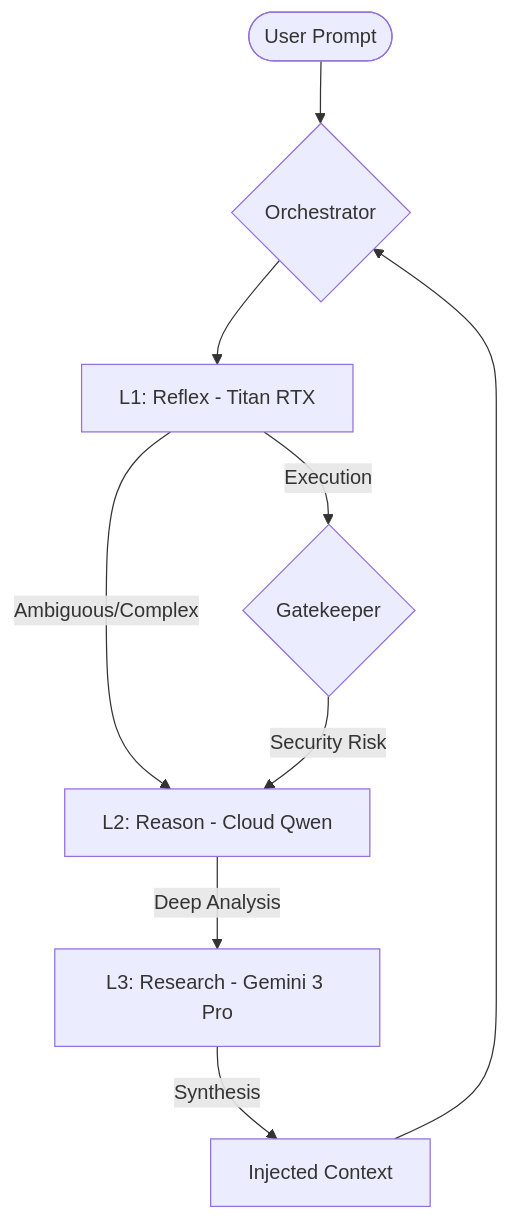
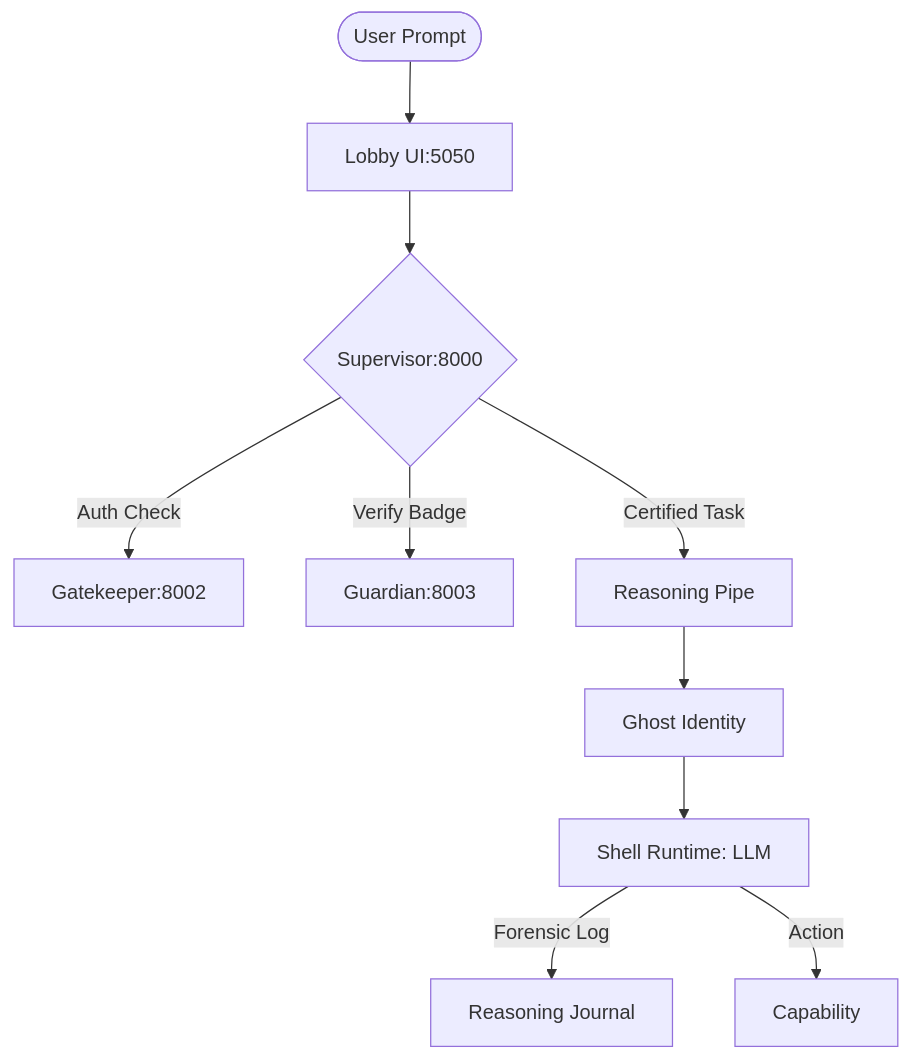
One commit to danflory/ragV2 changed the diagram in READ_ME_GRAVITAS_MASTER_MANUAL.md. Above: the diagram before and after it, drawn with Mermaid. The commit also changed other lines of this file and 34 other files, not shown here.

````diff
--- a/READ_ME_GRAVITAS_MASTER_MANUAL.md
+++ b/READ_ME_GRAVITAS_MASTER_MANUAL.md
@@ -43,13 +44,15 @@
 ```mermaid
 graph TD
-    User([User Prompt]) --> Router{Orchestrator}
-    Router --> L1[L1: Reflex - Titan RTX]
-    L1 -- Ambiguous/Complex --> L2[L2: Reason - Cloud Qwen]
-    L2 -- Deep Analysis --> L3[L3: Research - Gemini 3 Pro]
+    User([User Prompt]) --> Lobby[Lobby UI:5050]
+    Lobby --> Supervisor{Supervisor:8000}
     
-    L1 -- Execution --> Gatekeeper{Gatekeeper}
-    Gatekeeper -- Security Risk --> L2
+    Supervisor -- Auth Check --> Gatekeeper[Gatekeeper:8002]
+    Supervisor -- Verify Badge --> Guardian[Guardian:8003]
     
-    L3 -- Synthesis --> Context[Injected Context]
-    Context --> Router
+    Supervisor -- Certified Task --> Pipe[Reasoning Pipe]
+    Pipe --> Ghost[Ghost Identity]
+    Ghost --> Shell[Shell Runtime: LLM]
+    
+    Shell -- Forensic Log --> Journal[Reasoning Journal]
+    Shell -- Action --> Tool[Capability]
 ```
````
